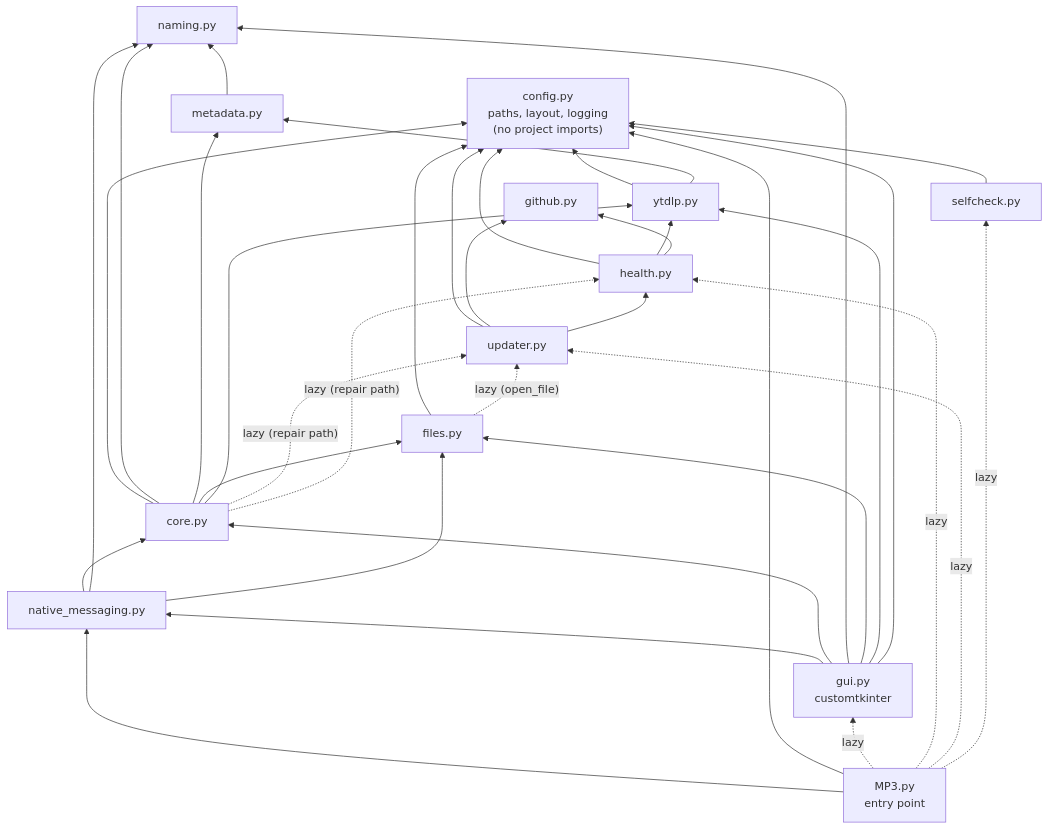
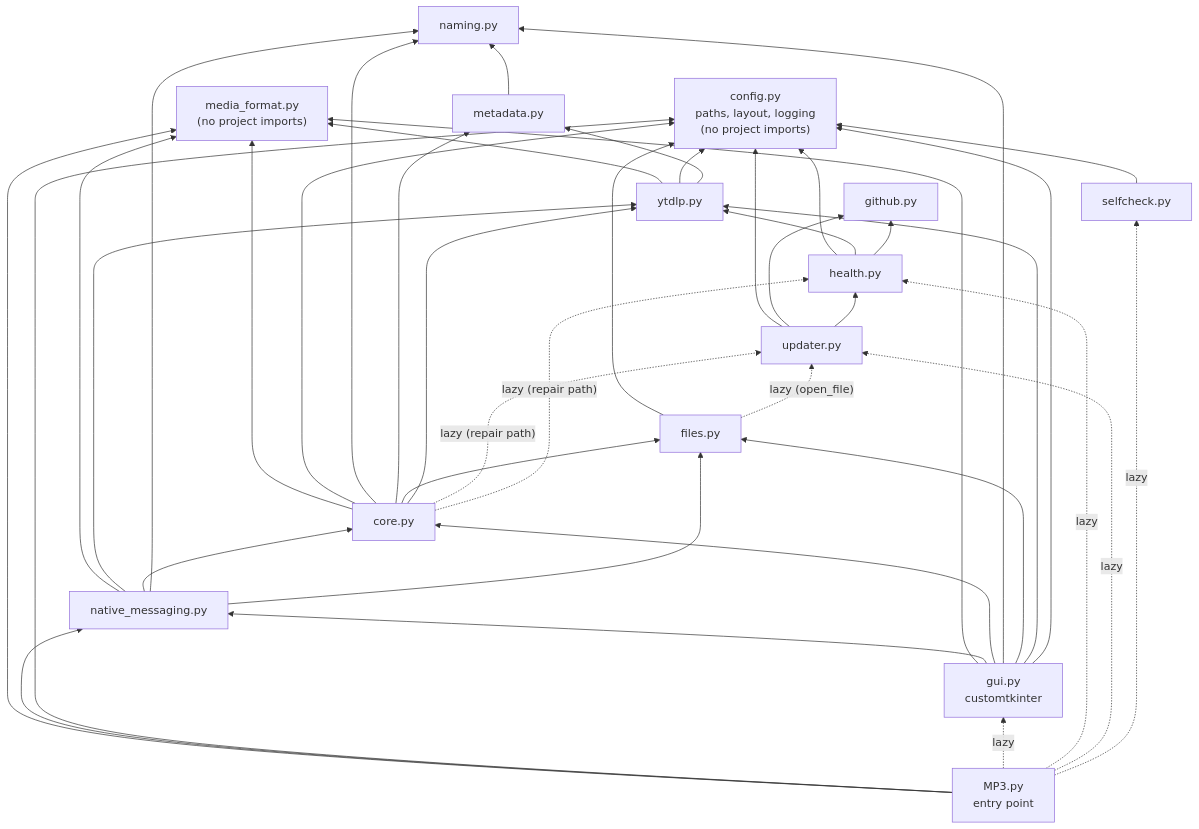
The seventh of 22 diagrams in ARCHITECTURE.md (martin-iflap/YT-MP3-Downloader), drawn with Mermaid before and after one commit. The commit also changed other lines of this file and 21 other files, not shown here.

````diff
--- a/ARCHITECTURE.md
+++ b/ARCHITECTURE.md
@@ -421,52 +445,59 @@
 ```mermaid
 flowchart BT
     CFG["config.py<br/>paths, layout, logging<br/>(no project imports)"]
     CORE["core.py"]
     NM["native_messaging.py"]
     GH["github.py"]
     HE["health.py"]
     UP["updater.py"]
     SC["selfcheck.py"]
     GUI["gui.py<br/>customtkinter"]
     MP3["MP3.py<br/>entry point"]
 
     NA["naming.py"]
     ME["metadata.py"]
     FI["files.py"]
     YD["ytdlp.py"]
+    MF["media_format.py<br/>(no project imports)"]
 
+    CORE --> MF
+    YD --> MF
+    NM --> MF
+    NM --> YD
+    GUI --> MF
+    MP3 --> MF
     CORE --> CFG
     CORE --> NA
     CORE --> ME
     CORE --> FI
     CORE --> YD
     YD --> CFG
     YD --> ME
     ME --> NA
     FI --> CFG
     NM --> CORE
     NM --> NA
     NM --> FI
     HE --> CFG
     HE --> YD
     HE --> GH
     UP --> CFG
     UP --> GH
     UP --> HE
     SC --> CFG
     GUI --> NM
     GUI --> CORE
     GUI --> NA
     GUI --> FI
     GUI --> YD
     GUI --> CFG
     MP3 --> NM
     MP3 --> CFG
     MP3 -. "lazy" .-> GUI
     MP3 -. "lazy" .-> HE
     MP3 -. "lazy" .-> UP
     MP3 -. "lazy" .-> SC
     CORE -. "lazy (repair path)" .-> UP
     CORE -. "lazy (repair path)" .-> HE
     FI -. "lazy (open_file)" .-> UP
 ```
````
